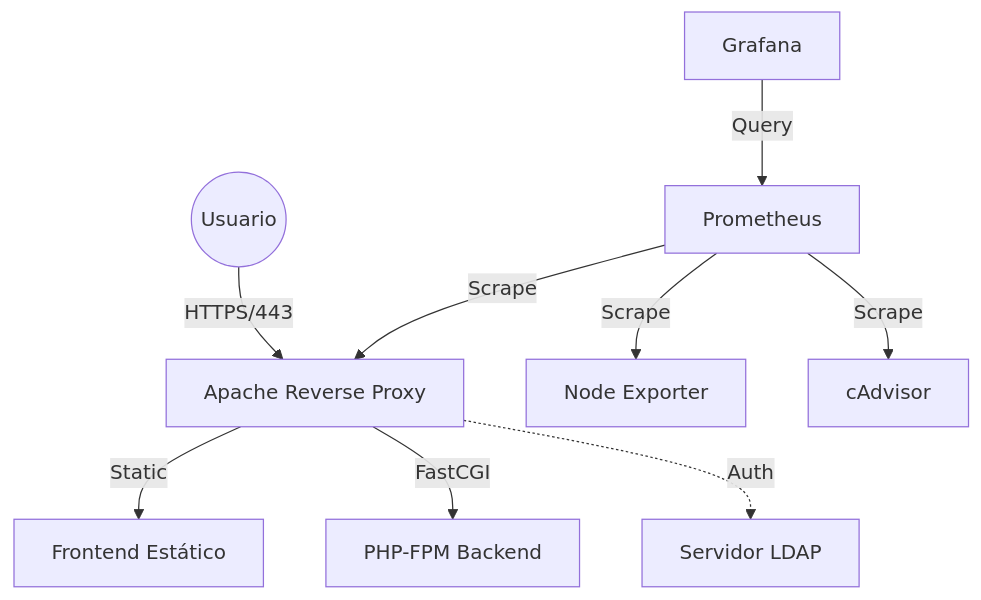
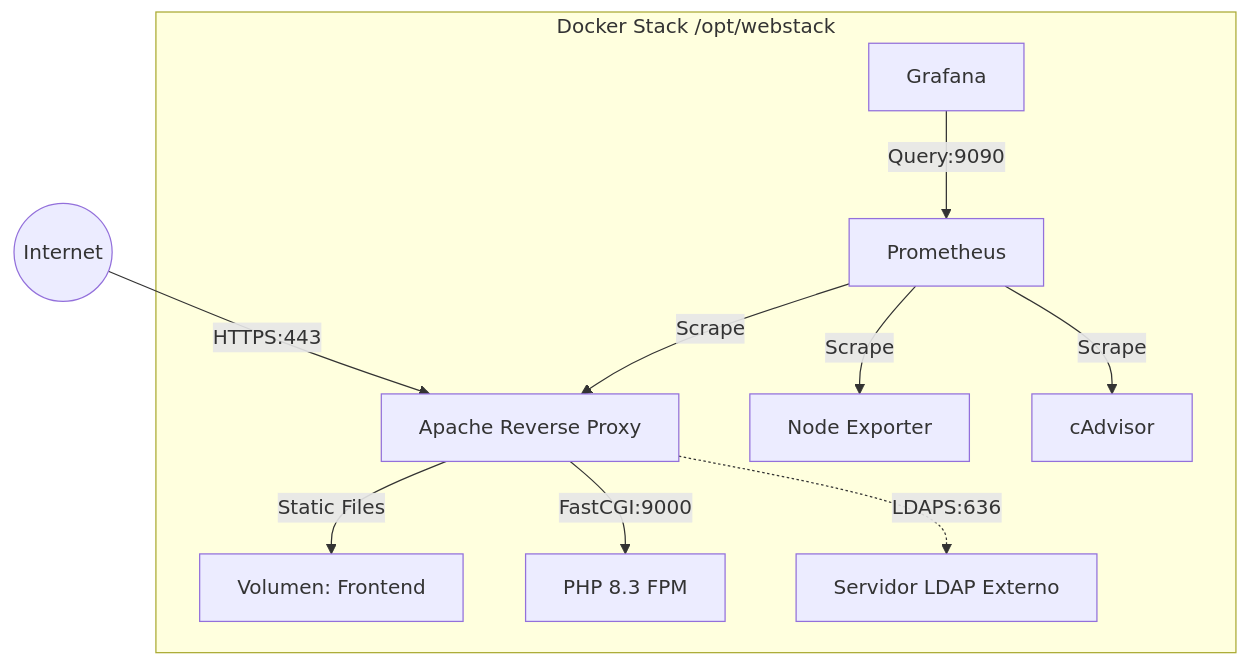
One commit to Hector20062006/Proyecto-en-la-Nube changed the diagram in README.md. Above: the diagram before and after it, drawn with Mermaid. The commit also changed other lines of this file and 2 other files, not shown here.

Commit message:
feat: Improve Apache configuration idempotency, correct cAdvisor port mapping, and update README with detailed architecture, CI/CD, and monitoring sections.

````diff
--- a/README.md
+++ b/README.md
@@ -32,13 +40,16 @@
 ```mermaid
 graph TD
-    User((Usuario)) -->|HTTPS/443| Apache[Apache Reverse Proxy]
-    Apache -->|Static| HTML[Frontend Estático]
-    Apache -->|FastCGI| PHP[PHP-FPM Backend]
-    Apache -.->|Auth| LDAP[Servidor LDAP]
+    User((Internet)) -->|HTTPS:443| Apache[Apache Reverse Proxy]
     
-    Prometheus[Prometheus] -->|Scrape| Apache
-    Prometheus -->|Scrape| Node[Node Exporter]
-    Prometheus -->|Scrape| cAdvisor[cAdvisor]
-    
-    Grafana[Grafana] -->|Query| Prometheus
+    subgraph "Docker Stack /opt/webstack"
+        Apache -->|Static Files| HTML[Volumen: Frontend]
+        Apache -->|FastCGI:9000| PHP[PHP 8.3 FPM]
+        Apache -.->|LDAPS:636| LDAP[Servidor LDAP Externo]
+        
+        Prometheus[Prometheus] -->|Scrape| Apache
+        Prometheus -->|Scrape| NodeExp[Node Exporter]
+        Prometheus -->|Scrape| cAdvisor[cAdvisor]
+        
+        Grafana[Grafana] -->|Query:9090| Prometheus
+    end
 ```
````
